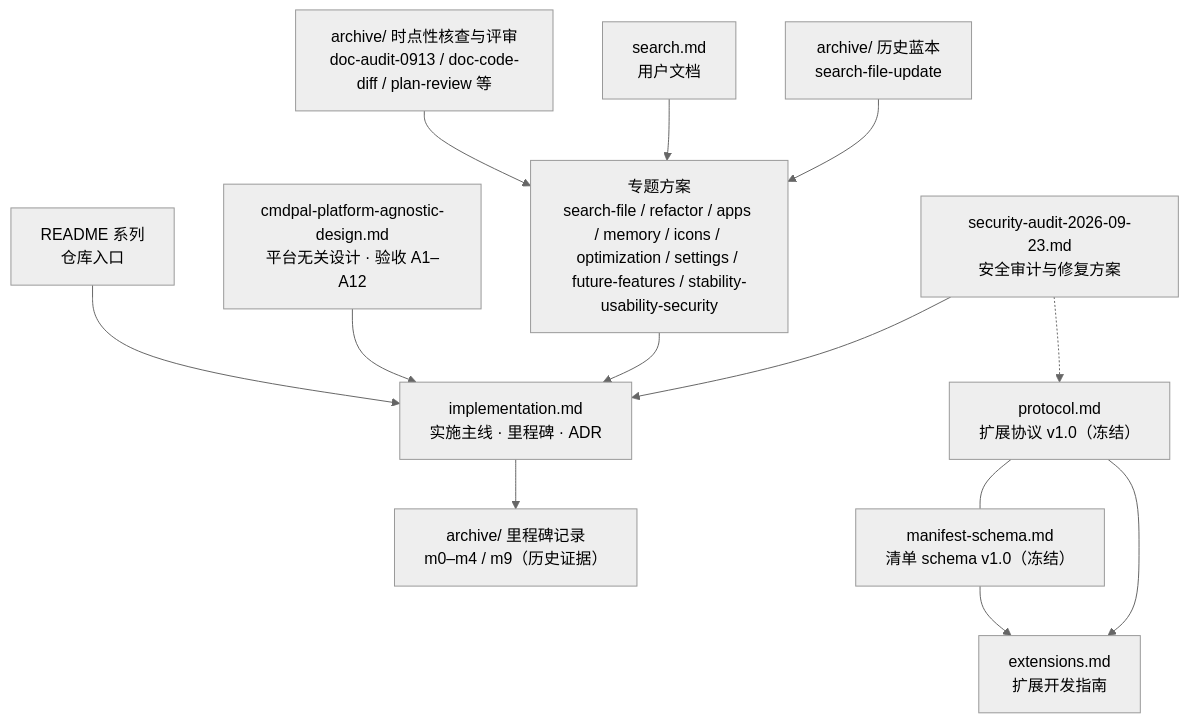
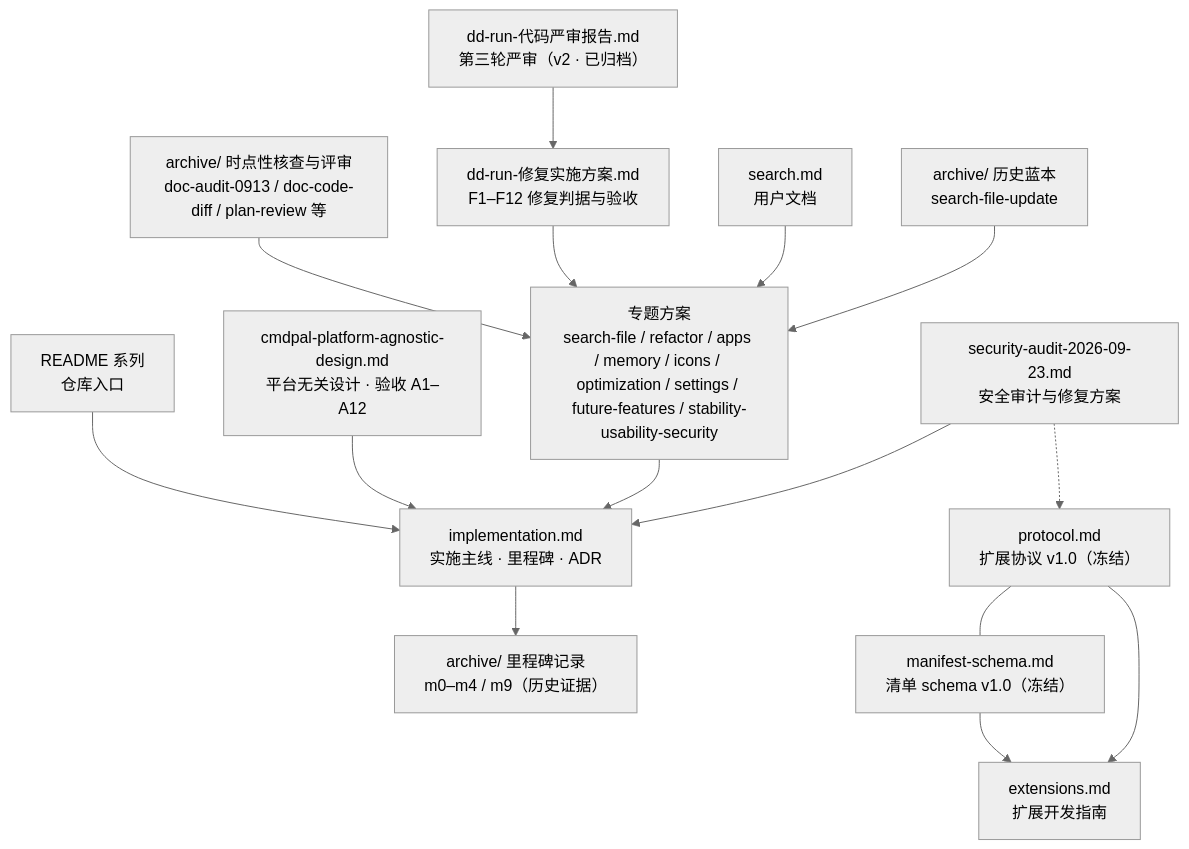
The diagram in docs/INDEX.md (Yang-SH/dd-run), drawn with Mermaid (neutral theme) before and after one commit. The commit also changed other lines of this file and 9 other files, not shown here.

````diff
--- a/docs/INDEX.md
+++ b/docs/INDEX.md
@@ -25,18 +25,20 @@
 ```mermaid
 flowchart TD
     README["README 系列<br/>仓库入口"] --> IMPL
     IMPL["implementation.md<br/>实施主线 · 里程碑 · ADR"]
     DESIGN["cmdpal-platform-agnostic-design.md<br/>平台无关设计 · 验收 A1–A12"] --> IMPL
     IMPL --> REC["archive/ 里程碑记录<br/>m0–m4 / m9（历史证据）"]
 
     PROTO["protocol.md<br/>扩展协议 v1.0（冻结）"] --- MANIFEST["manifest-schema.md<br/>清单 schema v1.0（冻结）"]
     MANIFEST --> EXT["extensions.md<br/>扩展开发指南"]
     PROTO --> EXT
 
     PLAN["专题方案<br/>search-file / refactor / apps / memory / icons / optimization / settings / future-features / stability-usability-security"] --> IMPL
     REVIEW["archive/ 时点性核查与评审<br/>doc-audit-0913 / doc-code-diff / plan-review 等"] --> PLAN
+    FIX["dd-run-修复实施方案.md<br/>F1–F12 修复判据与验收"] --> PLAN
+    REV3["dd-run-代码严审报告.md<br/>第三轮严审（v2 · 已归档）"] --> FIX
     AUDIT["security-audit-2026-09-23.md<br/>安全审计与修复方案"] --> IMPL
     AUDIT -.-> PROTO
     USERDOC["search.md<br/>用户文档"] --> PLAN
     ARCHIVE["archive/ 历史蓝本<br/>search-file-update"] --> PLAN
 ```
````
